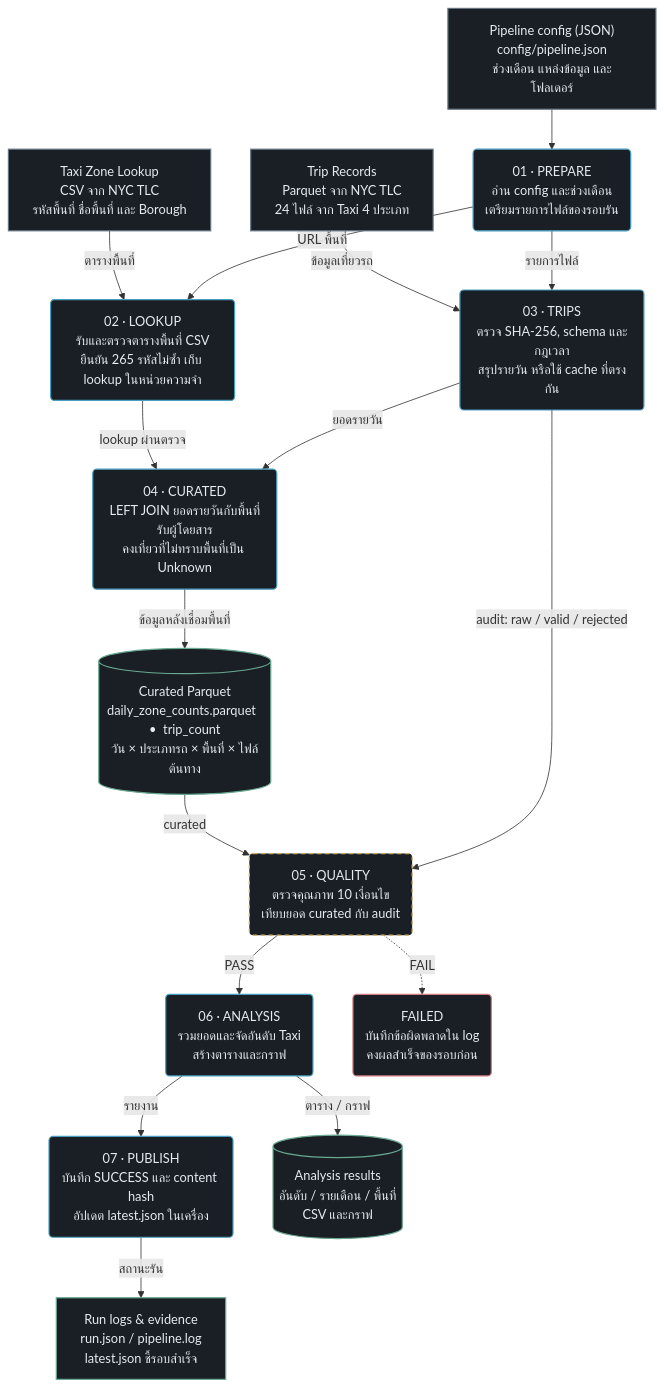
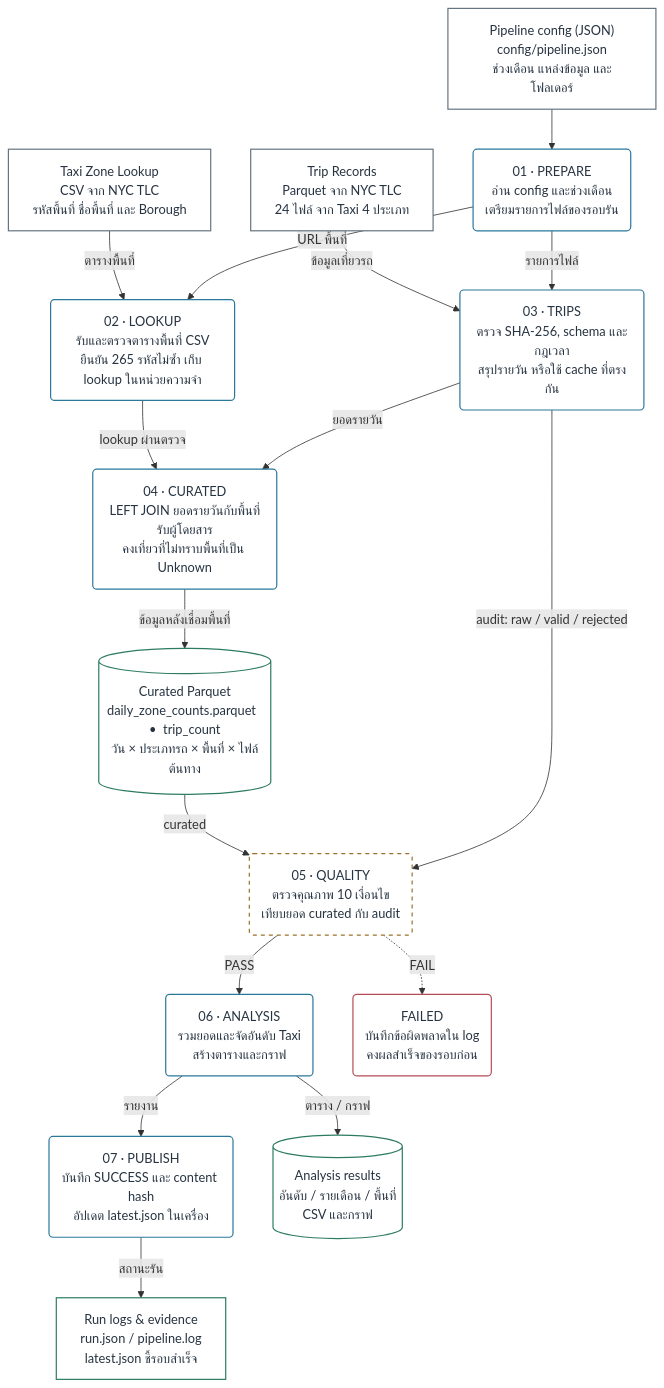
One commit to ronnakrit303/CS341-Submission2 changed the diagram in docs/pipeline.mmd. Above: the diagram before and after it, drawn with Mermaid. The commit also changed 3 other files, not shown here.

Commit message:
Use a white background for the data flow diagram

```diff
--- a/docs/pipeline.mmd
+++ b/docs/pipeline.mmd
@@ -1,39 +1,39 @@
 flowchart TD
     %% Generated by scripts/render_pipeline_diagram.py.
     %% Same nodes and data relationships as the approved PNG/SVG.
     %% Stage numbers show execution order; branches show data flow.
     zoneSource["Taxi Zone Lookup<br/>CSV จาก NYC TLC<br/>รหัสพื้นที่ ชื่อพื้นที่ และ Borough"]:::source
     configSource["Pipeline config (JSON)<br/>config/pipeline.json<br/>ช่วงเดือน แหล่งข้อมูล และโฟลเดอร์"]:::source
     tripSource["Trip Records<br/>Parquet จาก NYC TLC<br/>24 ไฟล์ จาก Taxi 4 ประเภท"]:::source
     prepare("01 · PREPARE<br/>อ่าน config และช่วงเดือน<br/>เตรียมรายการไฟล์ของรอบรัน"):::process
     lookup("02 · LOOKUP<br/>รับและตรวจตารางพื้นที่ CSV<br/>ยืนยัน 265 รหัสไม่ซ้ำ เก็บ lookup ในหน่วยความจำ"):::process
     trips("03 · TRIPS<br/>ตรวจ SHA-256, schema และกฎเวลา<br/>สรุปรายวัน หรือใช้ cache ที่ตรงกัน"):::process
     curate("04 · CURATED<br/>LEFT JOIN ยอดรายวันกับพื้นที่รับผู้โดยสาร<br/>คงเที่ยวที่ไม่ทราบพื้นที่เป็น Unknown"):::process
     curatedStore[("Curated Parquet<br/>daily_zone_counts.parquet  •  trip_count<br/>วัน × ประเภทรถ × พื้นที่ × ไฟล์ต้นทาง")]:::data
     quality("05 · QUALITY<br/>ตรวจคุณภาพ 10 เงื่อนไข<br/>เทียบยอด curated กับ audit"):::quality
     analysis("06 · ANALYSIS<br/>รวมยอดและจัดอันดับ Taxi<br/>สร้างตารางและกราฟ"):::process
     publish("07 · PUBLISH<br/>บันทึก SUCCESS และ content hash<br/>อัปเดต latest.json ในเครื่อง"):::process
     failed("FAILED<br/>บันทึกข้อผิดพลาดใน log<br/>คงผลสำเร็จของรอบก่อน"):::failed
     analysisStore[("Analysis results<br/>อันดับ / รายเดือน / พื้นที่<br/>CSV และกราฟ")]:::data
     runEvidence["Run logs & evidence<br/>run.json / pipeline.log<br/>latest.json ชี้รอบสำเร็จ"]:::evidence
     configSource --> prepare
     zoneSource -->|"ตารางพื้นที่"| lookup
     tripSource -->|"ข้อมูลเที่ยวรถ"| trips
     prepare -->|"URL พื้นที่"| lookup
     prepare -->|"รายการไฟล์"| trips
     lookup -->|"lookup ผ่านตรวจ"| curate
     trips -->|"ยอดรายวัน"| curate
     curate -->|"ข้อมูลหลังเชื่อมพื้นที่"| curatedStore
     curatedStore -->|"curated"| quality
     trips -->|"audit: raw / valid / rejected"| quality
     quality -->|"PASS"| analysis
     analysis -->|"รายงาน"| publish
     quality -.->|"FAIL"| failed
     analysis -->|"ตาราง / กราฟ"| analysisStore
     publish -->|"สถานะรัน"| runEvidence
-    classDef source fill:#191F24,stroke:#667481,color:#E5EBF0,stroke-width:1.5px
-    classDef process fill:#191F24,stroke:#489EC0,color:#E5EBF0,stroke-width:1.5px
-    classDef data fill:#191F24,stroke:#69A992,color:#E5EBF0,stroke-width:1.5px
-    classDef evidence fill:#191F24,stroke:#69A992,color:#E5EBF0,stroke-width:1.5px
-    classDef quality fill:#191F24,stroke:#D4AB67,color:#E5EBF0,stroke-width:1.5px,stroke-dasharray:5 5
-    classDef failed fill:#191F24,stroke:#D27B80,color:#E5EBF0,stroke-width:1.5px
+    classDef source fill:#FFFFFF,stroke:#667481,color:#263341,stroke-width:1.5px
+    classDef process fill:#FFFFFF,stroke:#2B789A,color:#263341,stroke-width:1.5px
+    classDef data fill:#FFFFFF,stroke:#2D7C62,color:#263341,stroke-width:1.5px
+    classDef evidence fill:#FFFFFF,stroke:#2D7C62,color:#263341,stroke-width:1.5px
+    classDef quality fill:#FFFFFF,stroke:#9C702B,color:#263341,stroke-width:1.5px,stroke-dasharray:5 5
+    classDef failed fill:#FFFFFF,stroke:#B64C57,color:#263341,stroke-width:1.5px
```
